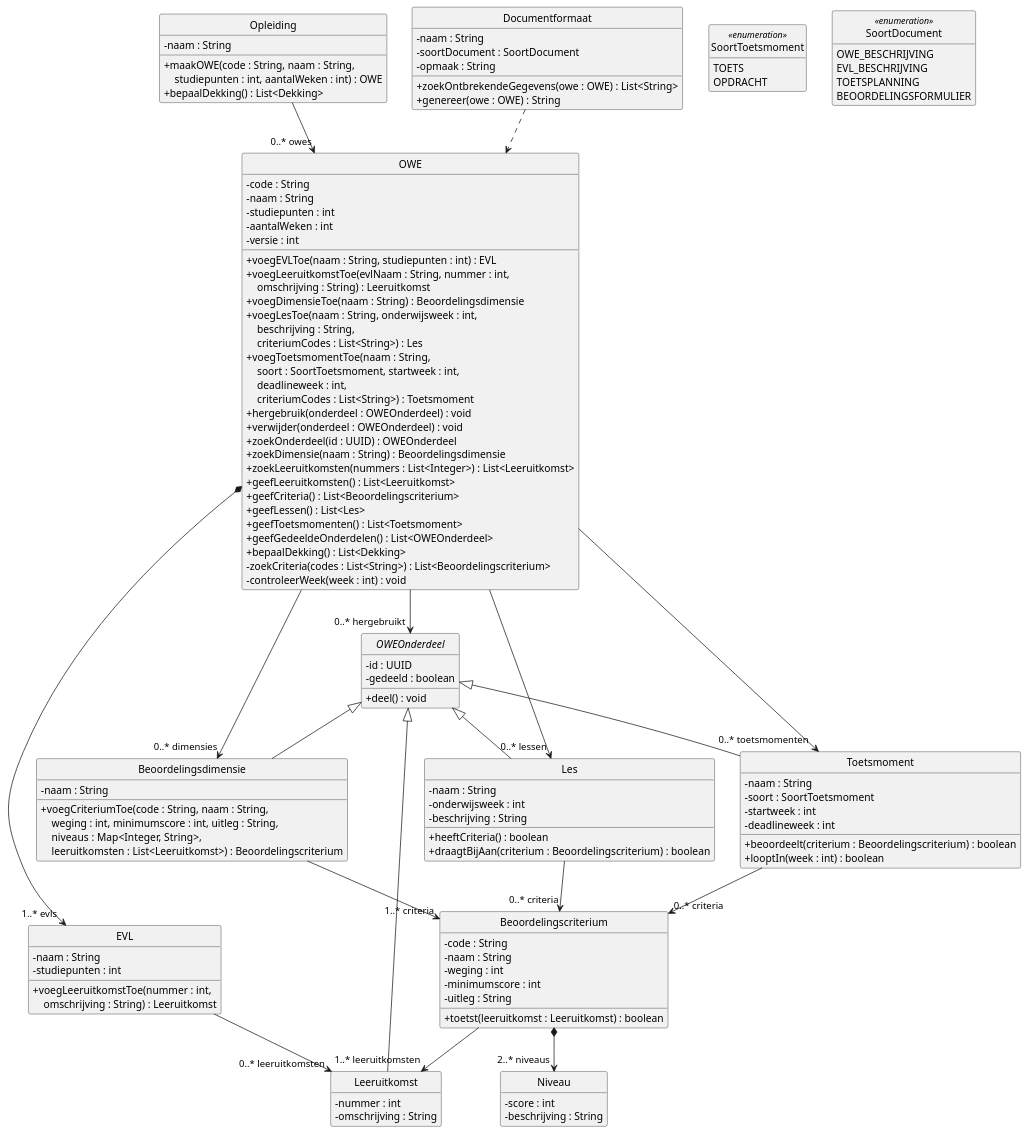
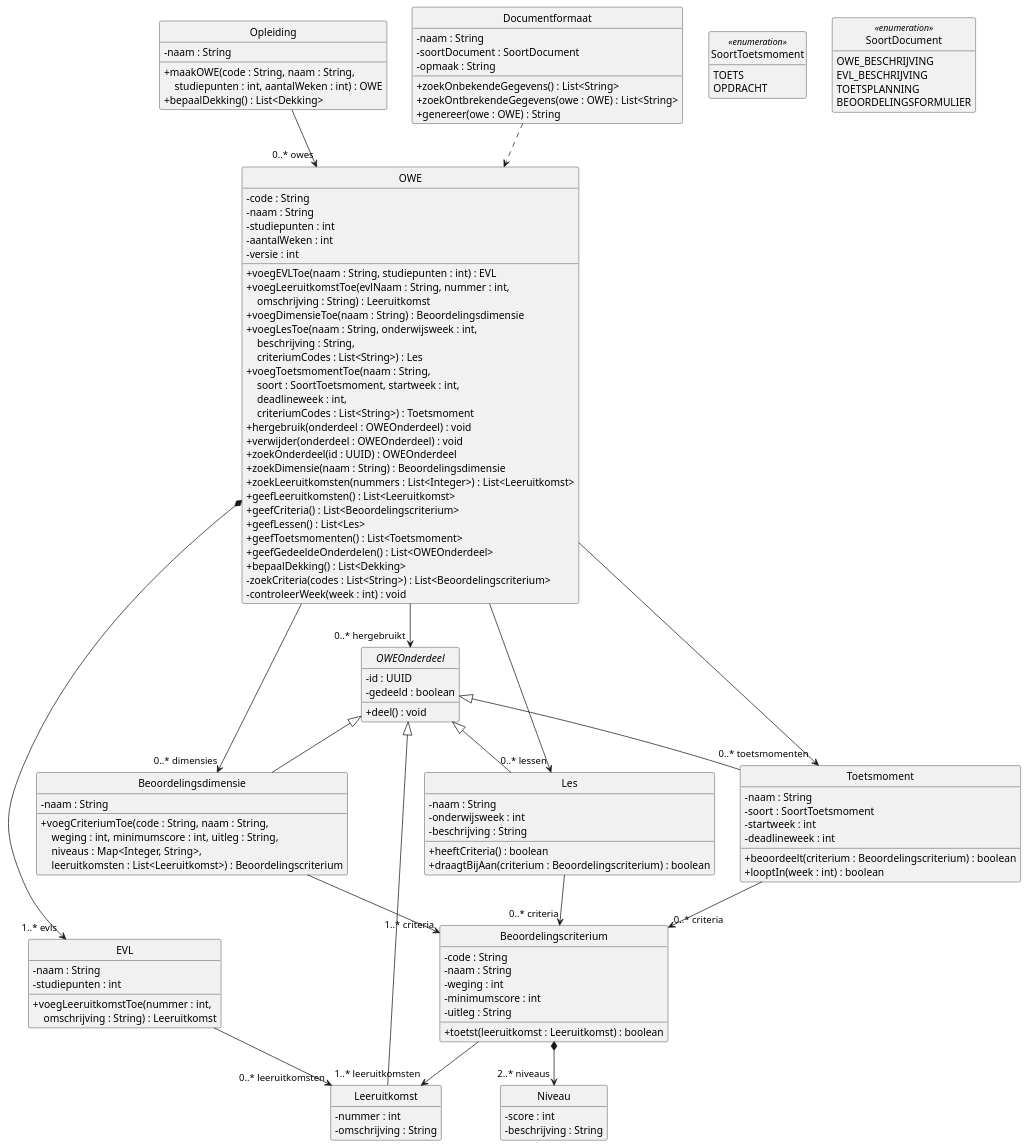
The diagram in docs/diagrams/klassendiagram-domein.puml (HAN-Craftsmanship-KL-JJG/casus), drawn with PlantUML before and after one commit. The commit also changed 8 other files, not shown here.

```diff
--- a/docs/diagrams/klassendiagram-domein.puml
+++ b/docs/diagrams/klassendiagram-domein.puml
@@ -1,145 +1,146 @@
 @startuml klassendiagram-domein
 ' Design class diagram van ICDE: de domeinklassen. Toelichting: docs/klassendiagram.md
 ' Getters en setters staan er niet in, zoals bij Larman (7.6).
 skinparam style strictuml
 skinparam shadowing false
 skinparam defaultFontName Helvetica
 skinparam classAttributeIconSize 0
 hide empty members
 
 class Opleiding {
   - naam : String
   + maakOWE(code : String, naam : String,\n    \
 studiepunten : int, aantalWeken : int) : OWE
   + bepaalDekking() : List<Dekking>
 }
 
 class OWE {
   - code : String
   - naam : String
   - studiepunten : int
   - aantalWeken : int
   - versie : int
   + voegEVLToe(naam : String, studiepunten : int) : EVL
   + voegLeeruitkomstToe(evlNaam : String, nummer : int,\n    \
 omschrijving : String) : Leeruitkomst
   + voegDimensieToe(naam : String) : Beoordelingsdimensie
   + voegLesToe(naam : String, onderwijsweek : int,\n    \
 beschrijving : String,\n    \
 criteriumCodes : List<String>) : Les
   + voegToetsmomentToe(naam : String,\n    \
 soort : SoortToetsmoment, startweek : int,\n    \
 deadlineweek : int,\n    \
 criteriumCodes : List<String>) : Toetsmoment
   + hergebruik(onderdeel : OWEOnderdeel) : void
   + verwijder(onderdeel : OWEOnderdeel) : void
   + zoekOnderdeel(id : UUID) : OWEOnderdeel
   + zoekDimensie(naam : String) : Beoordelingsdimensie
   + zoekLeeruitkomsten(nummers : List<Integer>) : List<Leeruitkomst>
   + geefLeeruitkomsten() : List<Leeruitkomst>
   + geefCriteria() : List<Beoordelingscriterium>
   + geefLessen() : List<Les>
   + geefToetsmomenten() : List<Toetsmoment>
   + geefGedeeldeOnderdelen() : List<OWEOnderdeel>
   + bepaalDekking() : List<Dekking>
   - zoekCriteria(codes : List<String>) : List<Beoordelingscriterium>
   - controleerWeek(week : int) : void
 }
 
 class EVL {
   - naam : String
   - studiepunten : int
   + voegLeeruitkomstToe(nummer : int,\n    \
 omschrijving : String) : Leeruitkomst
 }
 
 abstract class OWEOnderdeel {
   - id : UUID
   - gedeeld : boolean
   + deel() : void
 }
 
 class Leeruitkomst {
   - nummer : int
   - omschrijving : String
 }
 
 class Beoordelingsdimensie {
   - naam : String
   + voegCriteriumToe(code : String, naam : String,\n    \
 weging : int, minimumscore : int, uitleg : String,\n    \
 niveaus : Map<Integer, String>,\n    \
 leeruitkomsten : List<Leeruitkomst>) : Beoordelingscriterium
 }
 
 class Beoordelingscriterium {
   - code : String
   - naam : String
   - weging : int
   - minimumscore : int
   - uitleg : String
   + toetst(leeruitkomst : Leeruitkomst) : boolean
 }
 
 class Niveau {
   - score : int
   - beschrijving : String
 }
 
 class Les {
   - naam : String
   - onderwijsweek : int
   - beschrijving : String
   + heeftCriteria() : boolean
   + draagtBijAan(criterium : Beoordelingscriterium) : boolean
 }
 
 class Toetsmoment {
   - naam : String
   - soort : SoortToetsmoment
   - startweek : int
   - deadlineweek : int
   + beoordeelt(criterium : Beoordelingscriterium) : boolean
   + looptIn(week : int) : boolean
 }
 
 class Documentformaat {
   - naam : String
   - soortDocument : SoortDocument
   - opmaak : String
+  + zoekOnbekendeGegevens() : List<String>
   + zoekOntbrekendeGegevens(owe : OWE) : List<String>
   + genereer(owe : OWE) : String
 }
 
 enum SoortToetsmoment <<enumeration>> {
   TOETS
   OPDRACHT
 }
 
 enum SoortDocument <<enumeration>> {
   OWE_BESCHRIJVING
   EVL_BESCHRIJVING
   TOETSPLANNING
   BEOORDELINGSFORMULIER
 }
 
 Opleiding --> "0..* owes" OWE
 OWE *--> "1..* evls" EVL
 EVL --> "0..* leeruitkomsten" Leeruitkomst
 OWE --> "0..* dimensies" Beoordelingsdimensie
 Beoordelingsdimensie --> "1..* criteria" Beoordelingscriterium
 Beoordelingscriterium *--> "2..* niveaus" Niveau
 Beoordelingscriterium --> "1..* leeruitkomsten" Leeruitkomst
 OWE --> "0..* lessen" Les
 OWE --> "0..* toetsmomenten" Toetsmoment
 Les --> "0..* criteria" Beoordelingscriterium
 Toetsmoment --> "0..* criteria" Beoordelingscriterium
 OWE --> "0..* hergebruikt" OWEOnderdeel
 
 OWEOnderdeel <|-- Leeruitkomst
 OWEOnderdeel <|-- Beoordelingsdimensie
 OWEOnderdeel <|-- Les
 OWEOnderdeel <|-- Toetsmoment
 
 Documentformaat ..> OWE
 @enduml
```
